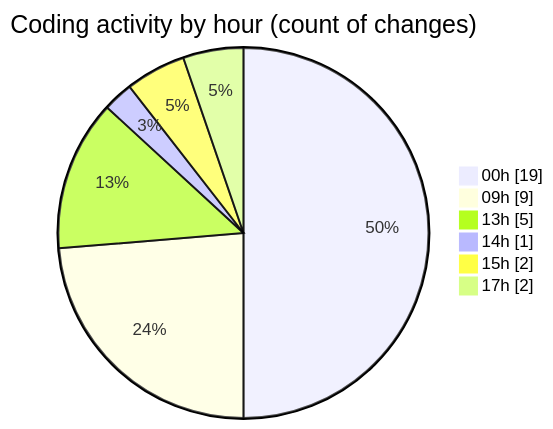
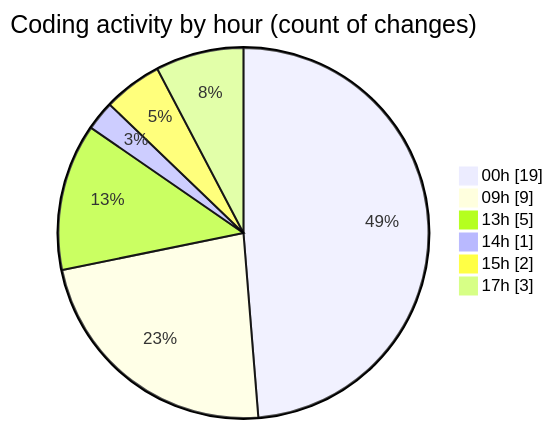
Before and after one commit to EIIisD/code-tracking: the second of 2 diagrams in 2025-08-12/ribbon/README.md, drawn with Mermaid. The commit also changed other lines of this file and 1 other file, not shown here.

````diff
--- a/2025-08-12/ribbon/README.md
+++ b/2025-08-12/ribbon/README.md
@@ -47,10 +47,10 @@
 ```mermaid
 pie showData
 title Coding activity by hour (count of changes)
 "00h" : 19
 "09h" : 9
 "13h" : 5
 "14h" : 1
 "15h" : 2
-"17h" : 2
+"17h" : 3
 ```
````
